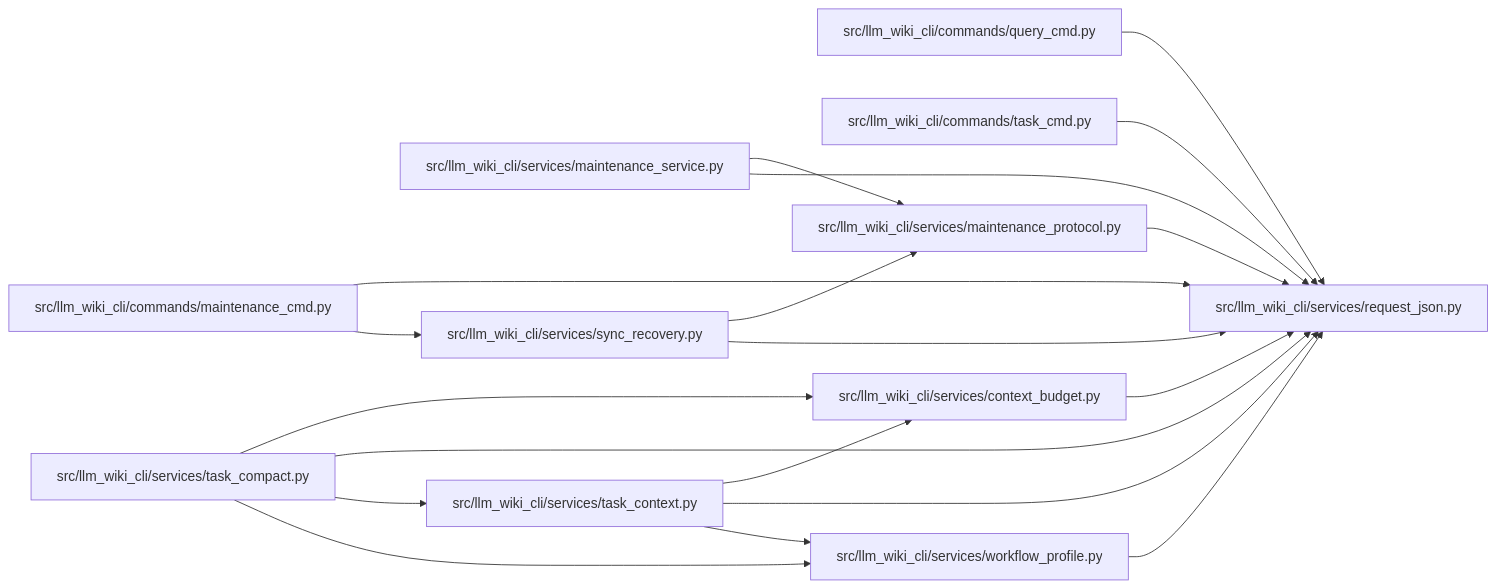
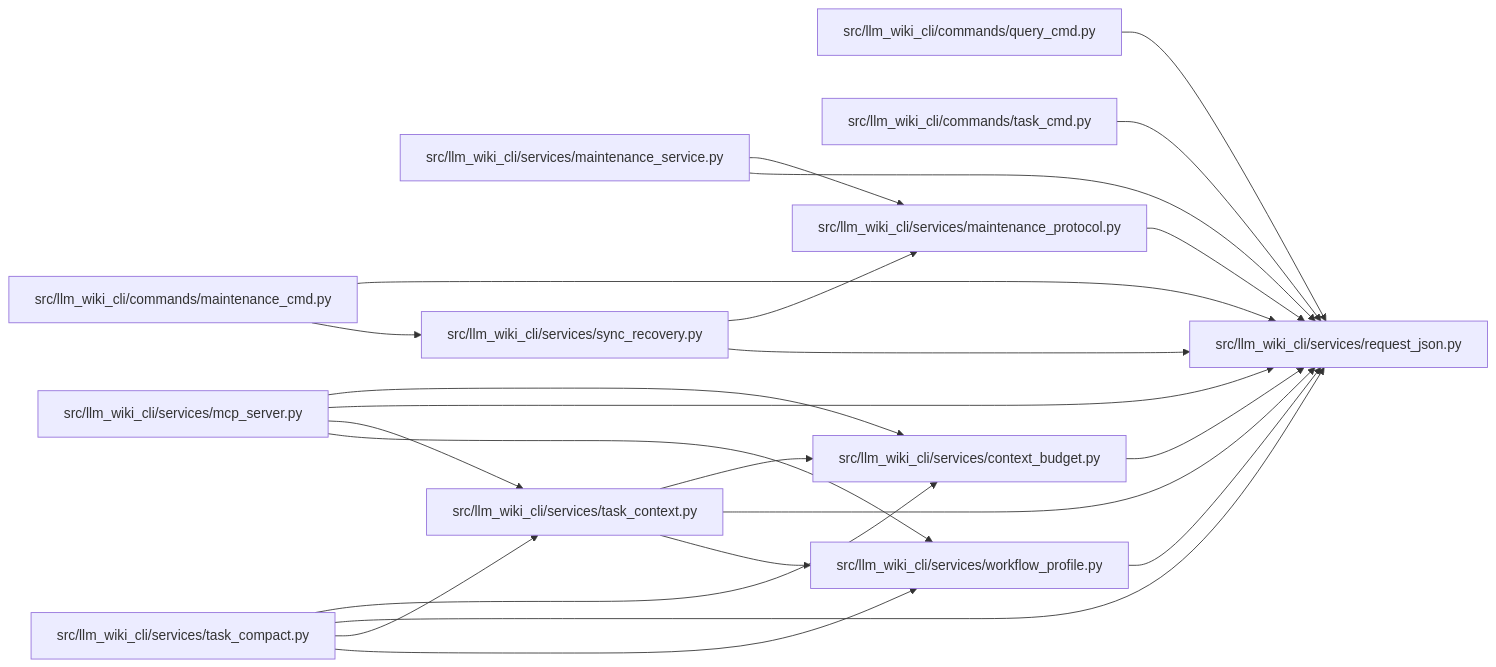
Before and after one commit to Denissvgn/python-wiki-llm: the diagram in docs/llm_wiki/modules/request_json.md, drawn with Mermaid. The commit also changed other lines of this file and 631 other files, not shown here.

````diff
--- a/docs/llm_wiki/modules/request_json.md
+++ b/docs/llm_wiki/modules/request_json.md
@@ -22,43 +22,49 @@
 ```mermaid
 flowchart LR
     n0["src/llm_wiki_cli/commands/maintenance_cmd.py"]
     n1["src/llm_wiki_cli/commands/query_cmd.py"]
     n2["src/llm_wiki_cli/commands/task_cmd.py"]
     n3["src/llm_wiki_cli/services/context_budget.py"]
     n4["src/llm_wiki_cli/services/maintenance_protocol.py"]
     n5["src/llm_wiki_cli/services/maintenance_service.py"]
-    n6["src/llm_wiki_cli/services/request_json.py"]
-    n7["src/llm_wiki_cli/services/sync_recovery.py"]
-    n8["src/llm_wiki_cli/services/task_compact.py"]
-    n9["src/llm_wiki_cli/services/task_context.py"]
-    n10["src/llm_wiki_cli/services/workflow_profile.py"]
-    n0 --> n6
+    n6["src/llm_wiki_cli/services/mcp_server.py"]
+    n7["src/llm_wiki_cli/services/request_json.py"]
+    n8["src/llm_wiki_cli/services/sync_recovery.py"]
+    n9["src/llm_wiki_cli/services/task_compact.py"]
+    n10["src/llm_wiki_cli/services/task_context.py"]
+    n11["src/llm_wiki_cli/services/workflow_profile.py"]
     n0 --> n7
-    n1 --> n6
-    n2 --> n6
-    n3 --> n6
-    n4 --> n6
+    n0 --> n8
+    n1 --> n7
+    n2 --> n7
+    n3 --> n7
+    n4 --> n7
     n5 --> n4
-    n5 --> n6
-    n7 --> n4
-    n7 --> n6
-    n8 --> n3
-    n8 --> n6
-    n8 --> n9
-    n8 --> n10
+    n5 --> n7
+    n6 --> n3
+    n6 --> n7
+    n6 --> n10
+    n6 --> n11
+    n8 --> n4
+    n8 --> n7
     n9 --> n3
-    n9 --> n6
+    n9 --> n7
     n9 --> n10
-    n10 --> n6
+    n9 --> n11
+    n10 --> n3
+    n10 --> n7
+    n10 --> n11
+    n11 --> n7
     click n0 "../modules/maintenance_cmd.md"
     click n1 "../modules/query_cmd.md"
     click n2 "../modules/task_cmd.md"
     click n3 "../modules/context_budget.md"
     click n4 "../modules/maintenance_protocol.md"
     click n5 "../modules/maintenance_service.md"
-    click n6 "../modules/request_json.md"
-    click n7 "../modules/sync_recovery.md"
-    click n8 "../modules/task_compact.md"
-    click n9 "../modules/task_context.md"
-    click n10 "../modules/workflow_profile.md"
+    click n6 "../modules/mcp_server.md"
+    click n7 "../modules/request_json.md"
+    click n8 "../modules/sync_recovery.md"
+    click n9 "../modules/task_compact.md"
+    click n10 "../modules/task_context.md"
+    click n11 "../modules/workflow_profile.md"
 ```
````
